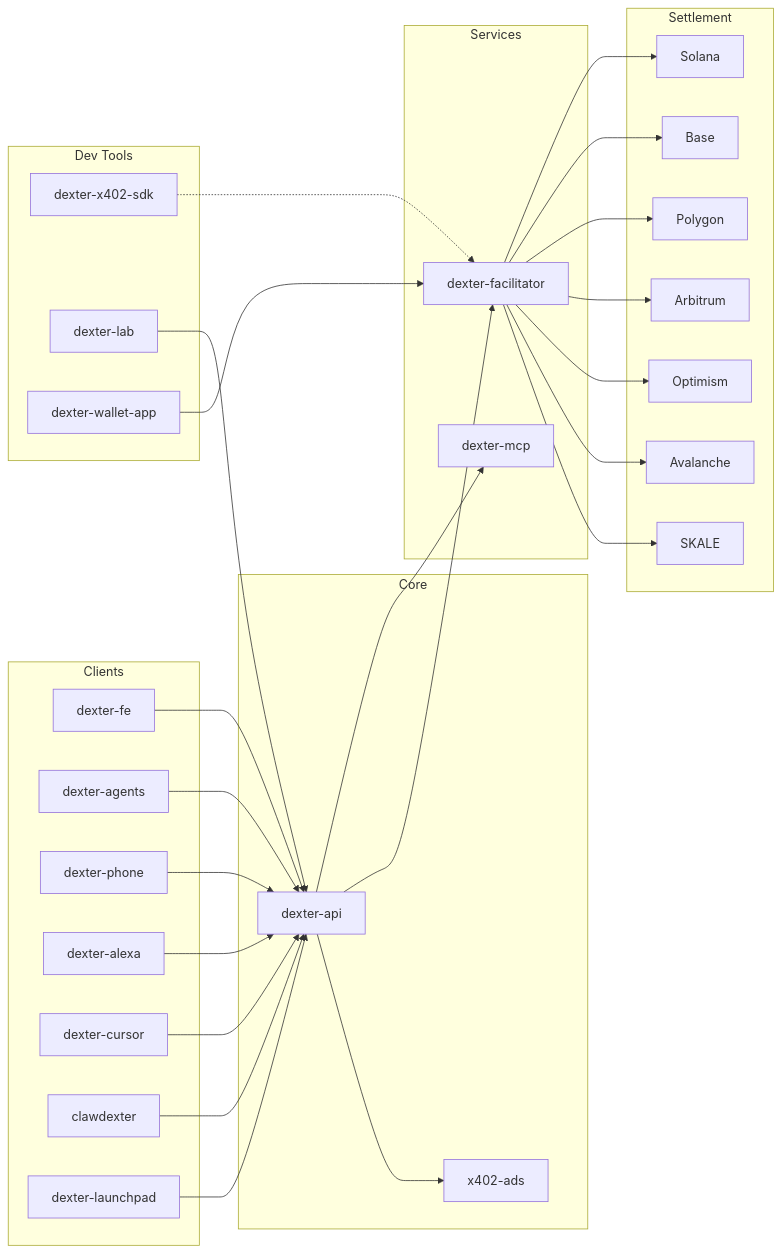
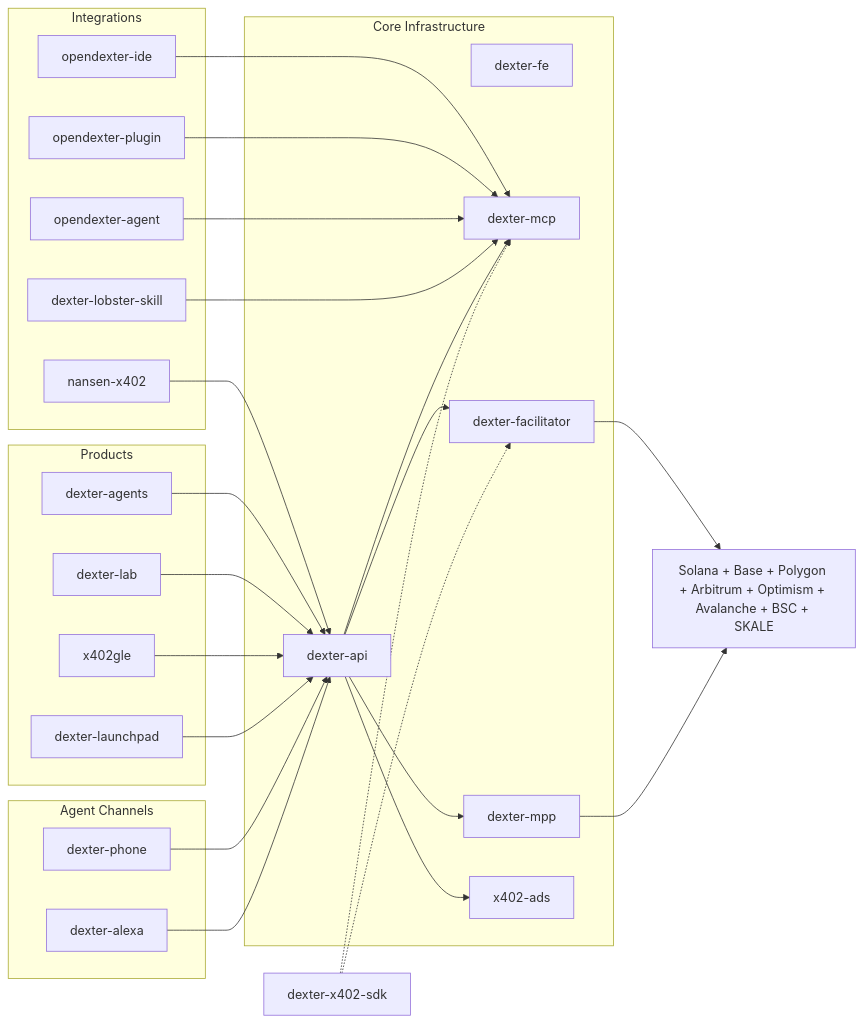
One commit to Dexter-DAO/.github changed the diagram in profile/README.md. Above: the diagram before and after it, drawn with Mermaid. The commit also changed other lines of this file, not shown here.

Commit message:
docs: update org profile — add new repos, restructure categories, update Mermaid diagram

````diff
--- a/profile/README.md
+++ b/profile/README.md
@@ -22,62 +23,58 @@
 ```mermaid
 flowchart LR
-    subgraph clients["Clients"]
-        fe["dexter-fe"]
+    subgraph integrations["Integrations"]
+        ide["opendexter-ide"]
+        odp["opendexter-plugin"]
+        oda["opendexter-agent"]
+        lobster["dexter-lobster-skill"]
+        nansen["nansen-x402"]
+    end
+
+    subgraph products["Products"]
         agents["dexter-agents"]
-        phone["dexter-phone"]
-        alexa["dexter-alexa"]
-        cursor["dexter-cursor"]
-        claw["clawdexter"]
+        lab["dexter-lab"]
+        explorer["x402gle"]
         launchpad["dexter-launchpad"]
     end
 
-    subgraph core["Core"]
+    subgraph core["Core Infrastructure"]
         api["dexter-api"]
+        fe["dexter-fe"]
+        mcp["dexter-mcp"]
+        facilitator["dexter-facilitator"]
+        mpp["dexter-mpp"]
         ads["x402-ads"]
     end
 
-    subgraph services["Services"]
-        mcp["dexter-mcp"]
-        facilitator["dexter-facilitator"]
+    subgraph channels["Agent Channels"]
+        phone["dexter-phone"]
+        alexa["dexter-alexa"]
     end
 
-    subgraph devtools["Dev Tools"]
-        sdk["dexter-x402-sdk"]
-        lab["dexter-lab"]
-        wallet["dexter-wallet-app"]
-    end
+    chains["Solana + Base + Polygon + Arbitrum + Optimism + Avalanche + BSC + SKALE"]
 
-    subgraph settle["Settlement"]
-        solana["Solana"]
-        base["Base"]
-        polygon["Polygon"]
-        arbitrum["Arbitrum"]
-        optimism["Optimism"]
-        avalanche["Avalanche"]
-        skale["SKALE"]
-    end
+    ide --> mcp
+    odp --> mcp
+    oda --> mcp
+    lobster --> mcp
+    nansen --> api
 
-    fe --> api
     agents --> api
+    lab --> api
+    explorer --> api
+    launchpad --> api
+
     phone --> api
     alexa --> api
-    cursor --> api
-    claw --> api
-    launchpad --> api
 
     api --> mcp
     api --> facilitator
+    api --> mpp
     api --> ads
 
-    sdk -.-> facilitator
-    lab --> api
-    wallet --> facilitator
+    facilitator --> chains
+    mpp --> chains
 
-    facilitator --> solana
-    facilitator --> base
-    facilitator --> polygon
-    facilitator --> arbitrum
-    facilitator --> optimism
-    facilitator --> avalanche
-    facilitator --> skale
+    sdk["dexter-x402-sdk"] -.-> facilitator
+    sdk -.-> mcp
 ```
````
